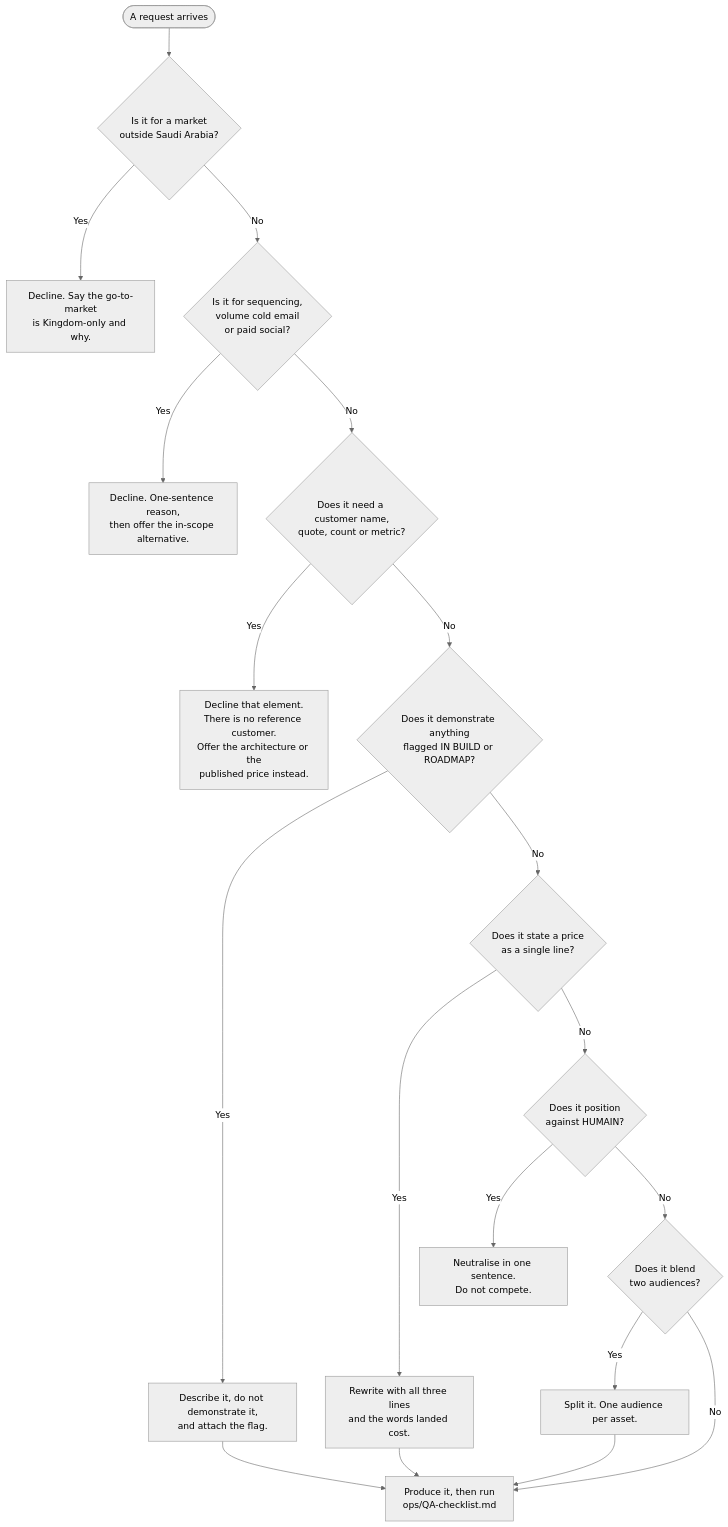
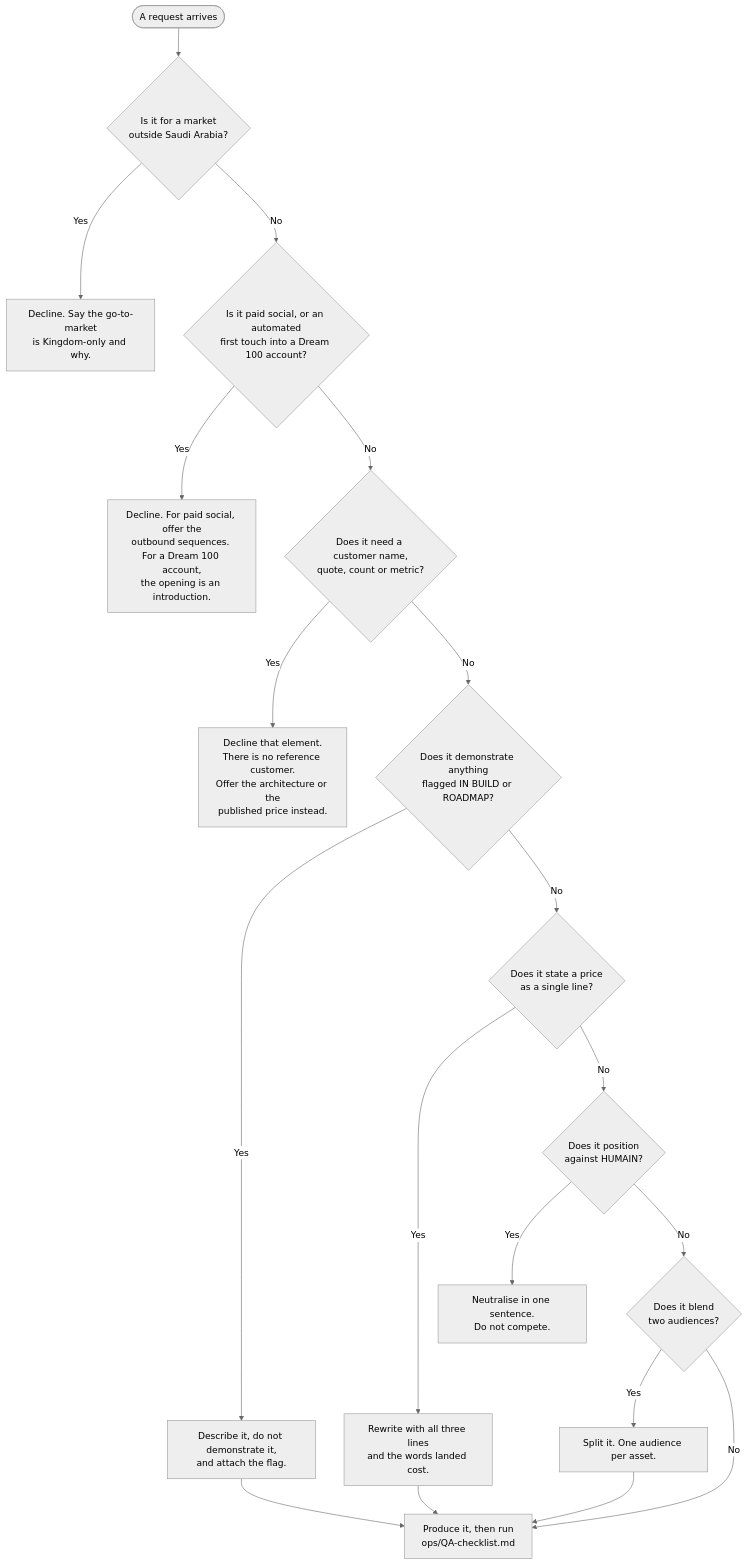
One commit to saasrelaunch/Wolffish-GTM-Brain changed diagram 12 of 12 in docs/diagrams.md. Above: the diagram before and after it, drawn with Mermaid (neutral theme). The commit also changed other lines of this file and 20 other files, not shown here.

````diff
--- a/docs/diagrams.md
+++ b/docs/diagrams.md
@@ -369,21 +370,21 @@
 ```mermaid
 flowchart TD
     REQ(["A request arrives"]) --> Q1{"Is it for a market<br/>outside Saudi Arabia?"}
     Q1 -->|Yes| NO1["Decline. Say the go-to-market<br/>is Kingdom-only and why."]
-    Q1 -->|No| Q2{"Is it for sequencing,<br/>volume cold email<br/>or paid social?"}
-    Q2 -->|Yes| NO2["Decline. One-sentence reason,<br/>then offer the in-scope alternative."]
+    Q1 -->|No| Q2{"Is it paid social, or an automated<br/>first touch into a Dream 100 account?"}
+    Q2 -->|Yes| NO2["Decline. For paid social, offer the<br/>outbound sequences. For a Dream 100 account,<br/>the opening is an introduction."]
     Q2 -->|No| Q3{"Does it need a customer name,<br/>quote, count or metric?"}
     Q3 -->|Yes| NO3["Decline that element.<br/>There is no reference customer.<br/>Offer the architecture or the<br/>published price instead."]
     Q3 -->|No| Q4{"Does it demonstrate anything<br/>flagged IN BUILD or ROADMAP?"}
     Q4 -->|Yes| NO4["Describe it, do not demonstrate it,<br/>and attach the flag."]
     Q4 -->|No| Q5{"Does it state a price<br/>as a single line?"}
     Q5 -->|Yes| FIX["Rewrite with all three lines<br/>and the words landed cost."]
     Q5 -->|No| Q6{"Does it position<br/>against HUMAIN?"}
     Q6 -->|Yes| NO5["Neutralise in one sentence.<br/>Do not compete."]
     Q6 -->|No| Q7{"Does it blend<br/>two audiences?"}
     Q7 -->|Yes| SPLIT["Split it. One audience per asset."]
     Q7 -->|No| GO["Produce it, then run<br/>ops/QA-checklist.md"]
     FIX --> GO
     SPLIT --> GO
     NO4 --> GO
 ```
````
